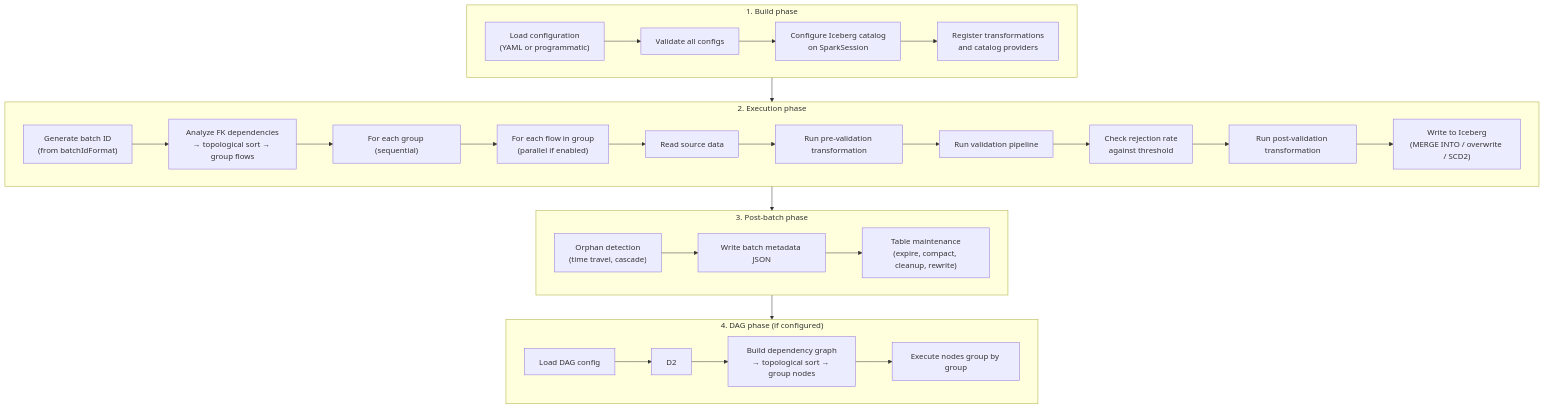
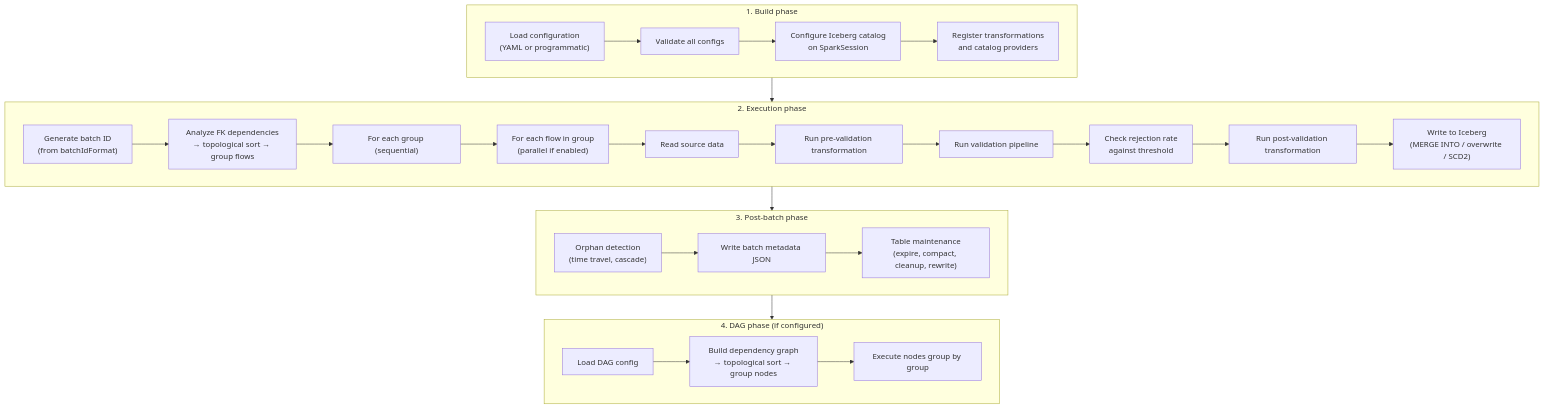
Before and after one commit to giacomoaccursi/Floe: the diagram in site-docs/architecture/execution-model.md, drawn with Mermaid. The commit also changed other lines of this file and 4 other files, not shown here.

````diff
--- a/site-docs/architecture/execution-model.md
+++ b/site-docs/architecture/execution-model.md
@@ -74,41 +74,41 @@
 ```mermaid
 graph TD
     subgraph Phase1["1. Build phase"]
         B1["Load configuration<br/>(YAML or programmatic)"]
         B2["Validate all configs"]
         B3["Configure Iceberg catalog<br/>on SparkSession"]
         B4["Register transformations<br/>and catalog providers"]
         B1 --> B2 --> B3 --> B4
     end
 
     subgraph Phase2["2. Execution phase"]
         E1["Generate batch ID<br/>(from batchIdFormat)"]
         E2["Analyze FK dependencies<br/>→ topological sort → group flows"]
         E3["For each group (sequential)"]
         E4["For each flow in group<br/>(parallel if enabled)"]
         E5["Read source data"]
         E6["Run pre-validation transformation"]
         E7["Run validation pipeline"]
         E8["Check rejection rate<br/>against threshold"]
         E9["Run post-validation transformation"]
         E10["Write to Iceberg<br/>(MERGE INTO / overwrite / SCD2)"]
         E1 --> E2 --> E3 --> E4
         E4 --> E5 --> E6 --> E7 --> E8 --> E9 --> E10
     end
 
     subgraph Phase3["3. Post-batch phase"]
         P1["Orphan detection<br/>(time travel, cascade)"]
         P2["Write batch metadata JSON"]
         P3["Table maintenance<br/>(expire, compact, cleanup, rewrite)"]
         P1 --> P2 --> P3
     end
 
     subgraph Phase4["4. DAG phase (if configured)"]
         D1["Load DAG config"]
         D3["Build dependency graph<br/>→ topological sort → group nodes"]
         D4["Execute nodes group by group"]
-        D1 --> D2 --> D3 --> D4
+        D1 --> D3 --> D4
     end
 
     Phase1 --> Phase2 --> Phase3 --> Phase4
 ```
````
